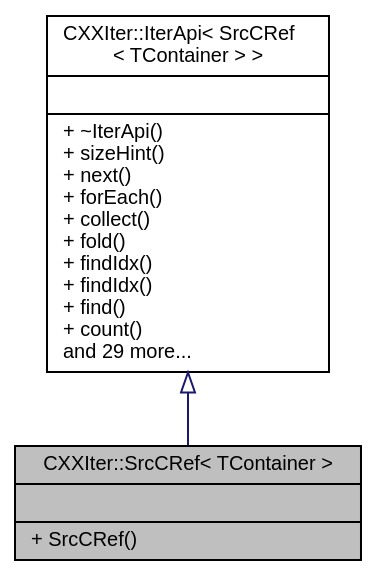
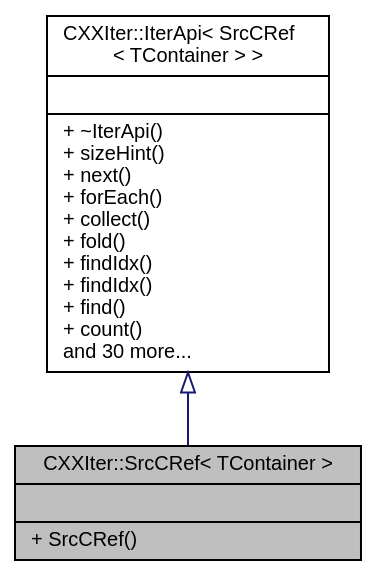
One commit to seijikun/CXXIter changed the diagram in classCXXIter_1_1SrcCRef__coll__graph.dot. Above: the diagram before and after it, drawn with Graphviz. The commit also changed 25 other files, not shown here.

```diff
--- a/classCXXIter_1_1SrcCRef__coll__graph.dot
+++ b/classCXXIter_1_1SrcCRef__coll__graph.dot
@@ -1,11 +1,11 @@
 digraph "CXXIter::SrcCRef&lt; TContainer &gt;"
 {
  // INTERACTIVE_SVG=YES
  // LATEX_PDF_SIZE
   bgcolor="transparent";
   edge [fontname="Helvetica",fontsize="10",labelfontname="Helvetica",labelfontsize="10"];
   node [fontname="Helvetica",fontsize="10",shape=record];
   Node1 [label="{CXXIter::SrcCRef\< TContainer \>\n||+ SrcCRef()\l}",height=0.2,width=0.4,color="black", fillcolor="grey75", style="filled", fontcolor="black",tooltip="CXXIter iterator source that immutably borrows the input item source, and passes immutable references..."];
   Node2 -> Node1 [dir="back",color="midnightblue",fontsize="10",style="solid",arrowtail="onormal",fontname="Helvetica"];
-  Node2 [label="{CXXIter::IterApi\< SrcCRef\l\< TContainer \> \>\n||+ ~IterApi()\l+ sizeHint()\l+ next()\l+ forEach()\l+ collect()\l+ fold()\l+ findIdx()\l+ findIdx()\l+ find()\l+ count()\land 29 more...\l}",height=0.2,width=0.4,color="black",URL="$classCXXIter_1_1IterApi.html",tooltip=" "];
+  Node2 [label="{CXXIter::IterApi\< SrcCRef\l\< TContainer \> \>\n||+ ~IterApi()\l+ sizeHint()\l+ next()\l+ forEach()\l+ collect()\l+ fold()\l+ findIdx()\l+ findIdx()\l+ find()\l+ count()\land 30 more...\l}",height=0.2,width=0.4,color="black",URL="$classCXXIter_1_1IterApi.html",tooltip=" "];
 }
```
